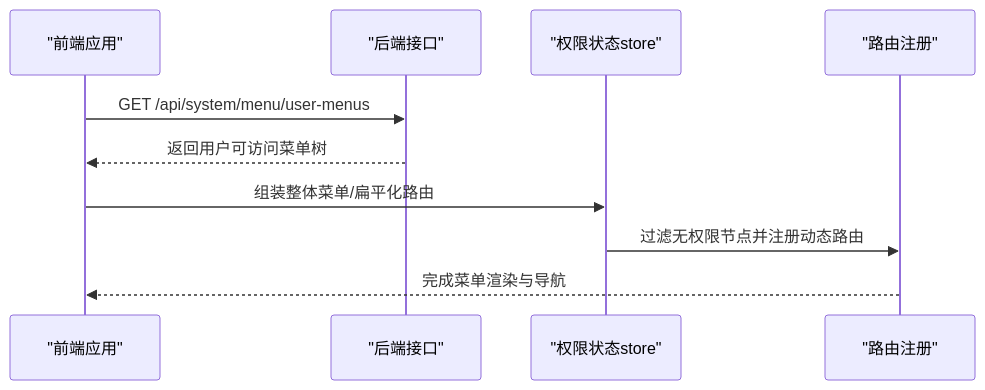
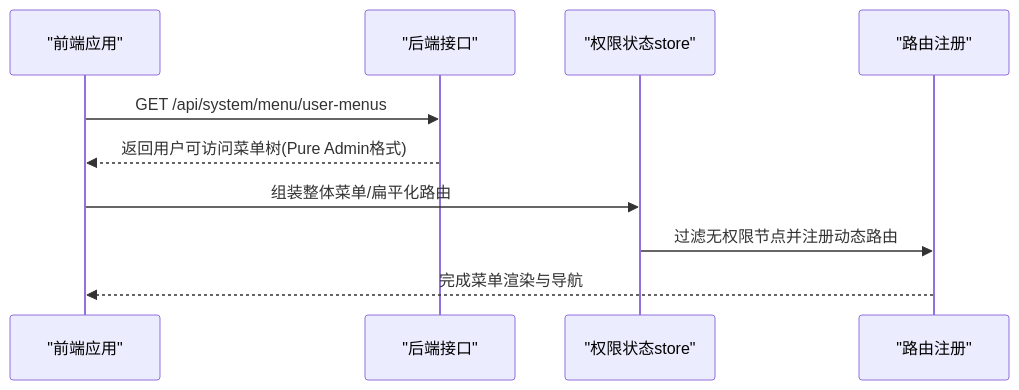
Before and after one commit to taoweidong/Hello-FastApi: the fifth of 6 diagrams in .qoder/repowiki/zh/content/API 接口文档/菜单管理接口.md, drawn with Mermaid. The commit also changed other lines of this file and 11 other files, not shown here.

````diff
--- a/.qoder/repowiki/zh/content/API 接口文档/菜单管理接口.md
+++ b/.qoder/repowiki/zh/content/API 接口文档/菜单管理接口.md
@@ -327,12 +325,12 @@
 ```mermaid
 sequenceDiagram
 participant FE as "前端应用"
 participant API as "后端接口"
 participant Store as "权限状态store"
 participant Router as "路由注册"
 FE->>API : GET /api/system/menu/user-menus
-API-->>FE : 返回用户可访问菜单树
+API-->>FE : 返回用户可访问菜单树(Pure Admin格式)
 FE->>Store : 组装整体菜单/扁平化路由
 Store->>Router : 过滤无权限节点并注册动态路由
 Router-->>FE : 完成菜单渲染与导航
 ```
````
